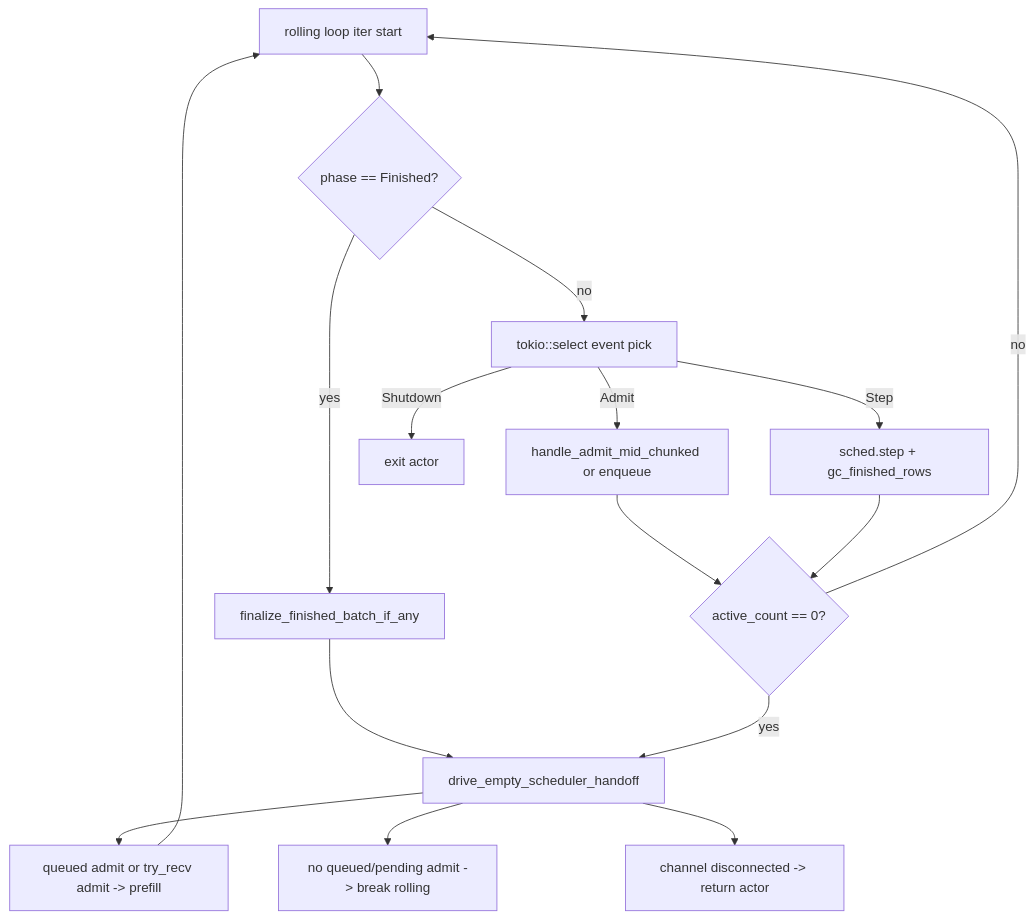
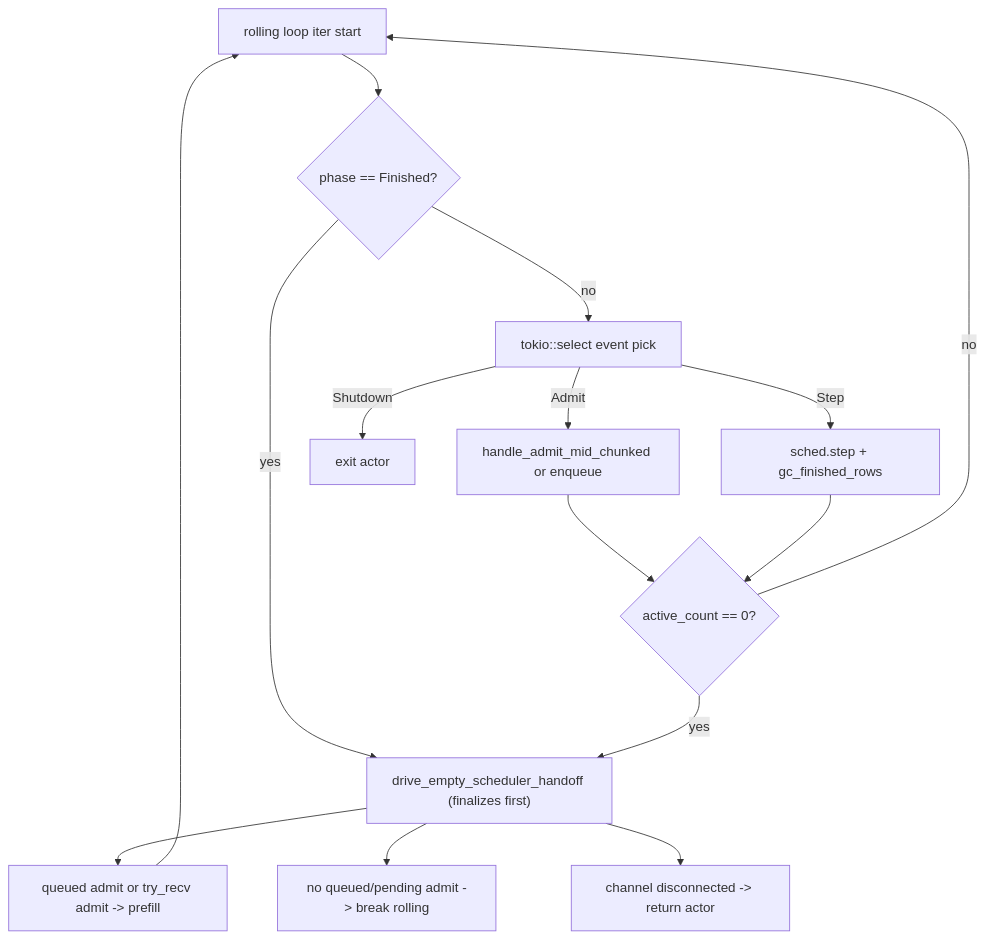
One commit to apepkuss/ironmlx changed the diagram in docs/superpowers/specs/2026-05-25-ironmlx-p5h+2-c-scheduler-finished-fix-design.md. Above: the diagram before and after it, drawn with Mermaid. The commit also changed other lines of this file, not shown here.

Commit message:
docs(p5h+2-c): spec revision — Codex post-review (simplified handoff + cfg-feature counter)
Codex post-spec-commit review caught:
1. § 4 mermaid: merge finalize + drive_empty_scheduler_handoff nodes
   (helper internally finalizes; avoids divergent paths)
2. § 5.1 step 3 wording: "before falling through; helper finalizes first"
   instead of "instead of falling through"
3. § 5.3 T2 mechanism CRITICAL: cfg(test) counter NOT visible to
   integration tests (ironmlx/tests/* compiles ironmlx as dependency;
   library cfg(test) items not exported to test target). Switch to
   cfg(feature = "p5h-profile") + #[doc(hidden)] + pub.
4. § 7 #1 acceptance + § 8 risks: updated wording to match.

````diff
--- a/docs/superpowers/specs/2026-05-25-ironmlx-p5h+2-c-scheduler-finished-fix-design.md
+++ b/docs/superpowers/specs/2026-05-25-ironmlx-p5h+2-c-scheduler-finished-fix-design.md
@@ -66,18 +66,17 @@
 ```mermaid
 graph TD
     A["rolling loop iter start"] --> B{"phase == Finished?"}
-    B -- "yes" --> C["finalize_finished_batch_if_any"]
-    C --> D["drive_empty_scheduler_handoff"]
-    D --> D1["queued admit or try_recv admit -> prefill"]
-    D --> D2["no queued/pending admit -> break rolling"]
-    D --> D3["channel disconnected -> return actor"]
-    D1 --> A
+    B -- "yes" --> C["drive_empty_scheduler_handoff (finalizes first)"]
+    C --> C1["queued admit or try_recv admit -> prefill"]
+    C --> C2["no queued/pending admit -> break rolling"]
+    C --> C3["channel disconnected -> return actor"]
+    C1 --> A
     B -- "no" --> E["tokio::select event pick"]
     E -->|Admit| F["handle_admit_mid_chunked or enqueue"]
     E -->|Step| G["sched.step + gc_finished_rows"]
     E -->|Shutdown| Z["exit actor"]
     F --> H{"active_count == 0?"}
     G --> H
-    H -- "yes" --> D
+    H -- "yes" --> C
     H -- "no" --> A
 ```
````
